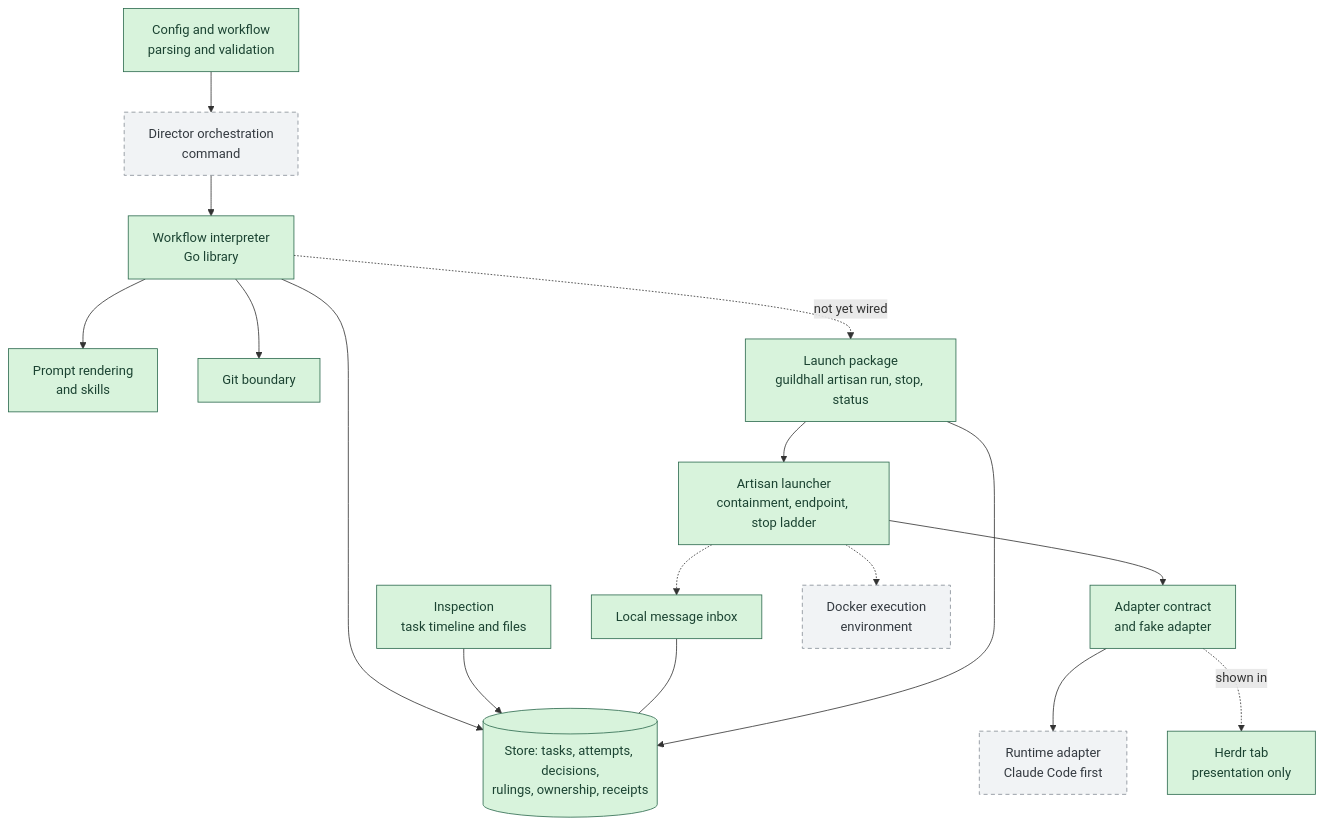
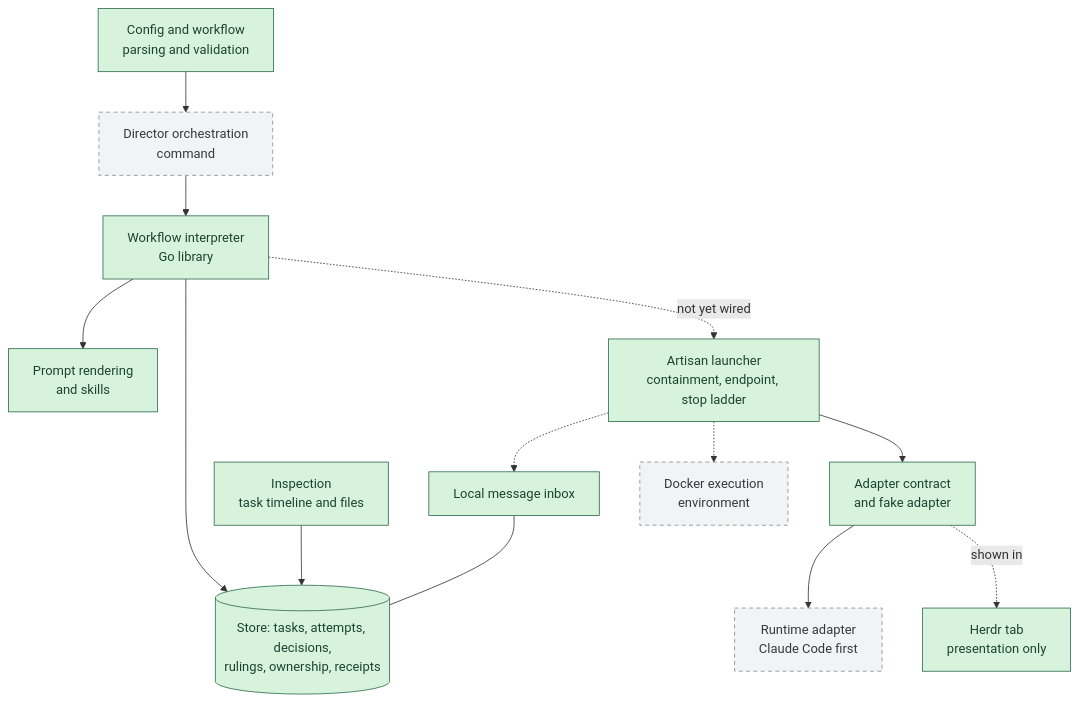
One commit to ndrwl/guildhall changed the second of 4 diagrams in README.md. Above: the diagram before and after it, drawn with Mermaid.

Commit message:
no-mistakes(review): Restore original Inside a Director diagram topology

````diff
--- a/README.md
+++ b/README.md
@@ -85,36 +85,31 @@
 ```mermaid
 flowchart TB
     classDef built fill:#d8f3dc,stroke:#2d6a4f,color:#1b4332
     classDef planned fill:#f1f3f5,stroke:#868e96,color:#343a40,stroke-dasharray:5 4
 
     CFG["Config and workflow<br/>parsing and validation"]:::built
     STORE[("Store: tasks, attempts, decisions,<br/>rulings, ownership, receipts")]:::built
     MSG["Local message inbox"]:::built
     INSP["Inspection<br/>task timeline and files"]:::built
     DIR["Director orchestration<br/>command"]:::planned
     INTERP["Workflow interpreter<br/>Go library"]:::built
     RENDER["Prompt rendering<br/>and skills"]:::built
-    GIT["Git boundary"]:::built
-    LAUNCH["Launch package<br/>guildhall artisan run, stop, status"]:::built
     WRAP["Artisan launcher<br/>containment, endpoint, stop ladder"]:::built
     ADAPT["Adapter contract<br/>and fake adapter"]:::built
     RT["Runtime adapter<br/>Claude Code first"]:::planned
     EXEC["Docker execution<br/>environment"]:::planned
     HERDR["Herdr tab<br/>presentation only"]:::built
 
     CFG --> DIR
     DIR --> INTERP
     INTERP --> STORE
     INTERP --> RENDER
     INSP --> STORE
     MSG --- STORE
-    INTERP --> GIT
-    INTERP -. "not yet wired" .-> LAUNCH
-    LAUNCH --> WRAP
-    LAUNCH --> STORE
+    INTERP -. "not yet wired" .-> WRAP
     WRAP --> ADAPT
     ADAPT --> RT
     WRAP -.-> EXEC
     WRAP -.-> MSG
     ADAPT -. "shown in" .-> HERDR
 ```
````
